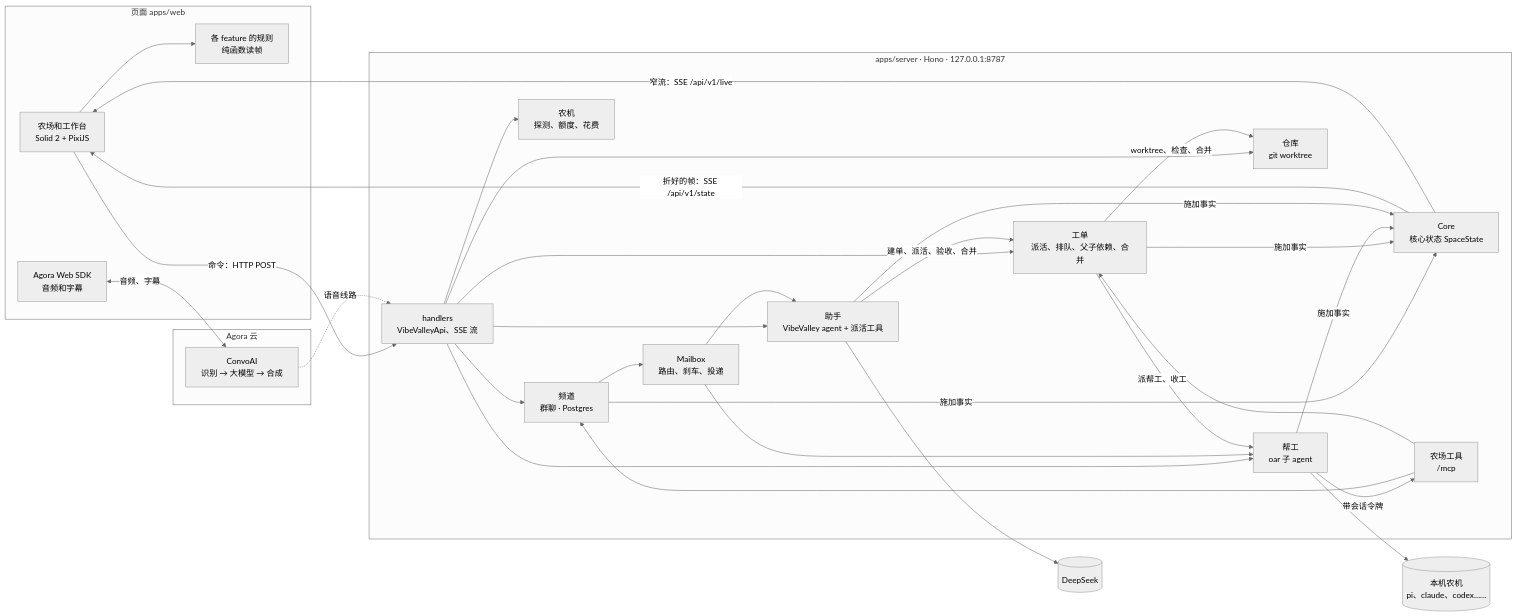
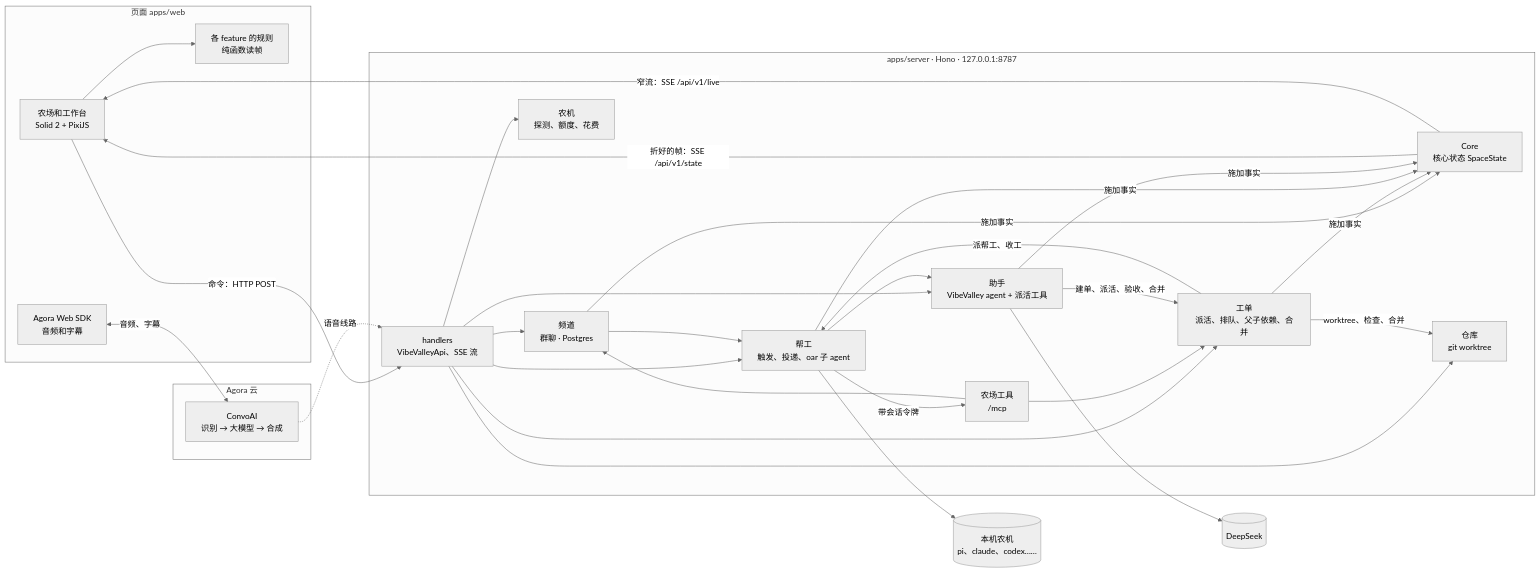
The diagram in docs/architecture.md (vibevalleyhq/vibevalley), drawn with Mermaid (neutral theme) before and after one commit. The commit also changed other lines of this file and 220 other files, not shown here.

````diff
--- a/docs/architecture.md
+++ b/docs/architecture.md
@@ -5,46 +5,45 @@
 ```mermaid
 flowchart LR
   subgraph Page[页面 apps/web]
     UI[农场和工作台<br/>Solid 2 + PixiJS]
     RULES[各 feature 的规则<br/>纯函数读帧]
     RTC[Agora Web SDK<br/>音频和字幕]
   end
 
   subgraph Server[apps/server · Hono · 127.0.0.1:8787]
     API[handlers<br/>VibeValleyApi、SSE 流]
     SITE[Core<br/>核心状态 SpaceState]
     FM[助手<br/>VibeValley agent + 派活工具]
     CHAT[频道<br/>群聊 · Postgres]
-    MB[Mailbox<br/>路由、刹车、投递]
     TK[工单<br/>派活、排队、父子依赖、合并]
-    CREW[帮工<br/>oar 子 agent]
+    CREW[帮工<br/>触发、投递、oar 子 agent]
     PRJ[仓库<br/>git worktree]
     RT[农机<br/>探测、额度、花费]
     MCP[农场工具<br/>/mcp]
   end
 
   subgraph Agora[Agora 云]
     CAI[ConvoAI<br/>识别 → 大模型 → 合成]
   end
 
   AGENTS[(本机农机<br/>pi、claude、codex……)]
   DS[(DeepSeek)]
 
   UI --> RULES
   UI -->|命令：HTTP POST| API
   SITE -->|折好的帧：SSE /api/v1/state| UI
   SITE -->|窄流：SSE /api/v1/live| UI
   API --> CHAT & FM & TK & CREW & PRJ & RT
-  CHAT --> MB
-  MB --> FM & CREW
+  CHAT --> CREW
+  CREW --> FM
   CREW -->|带会话令牌| MCP
   MCP --> CHAT & TK
   FM -->|建单、派活、验收、合并| TK
   TK -->|派帮工、收工| CREW
   TK -->|worktree、检查、合并| PRJ
   CREW --> AGENTS
   FM --> DS
   CHAT & TK & CREW & FM -->|施加事实| SITE
   RTC <-->|音频、字幕| CAI
   CAI -.->|语音线路| API
 ```
````
